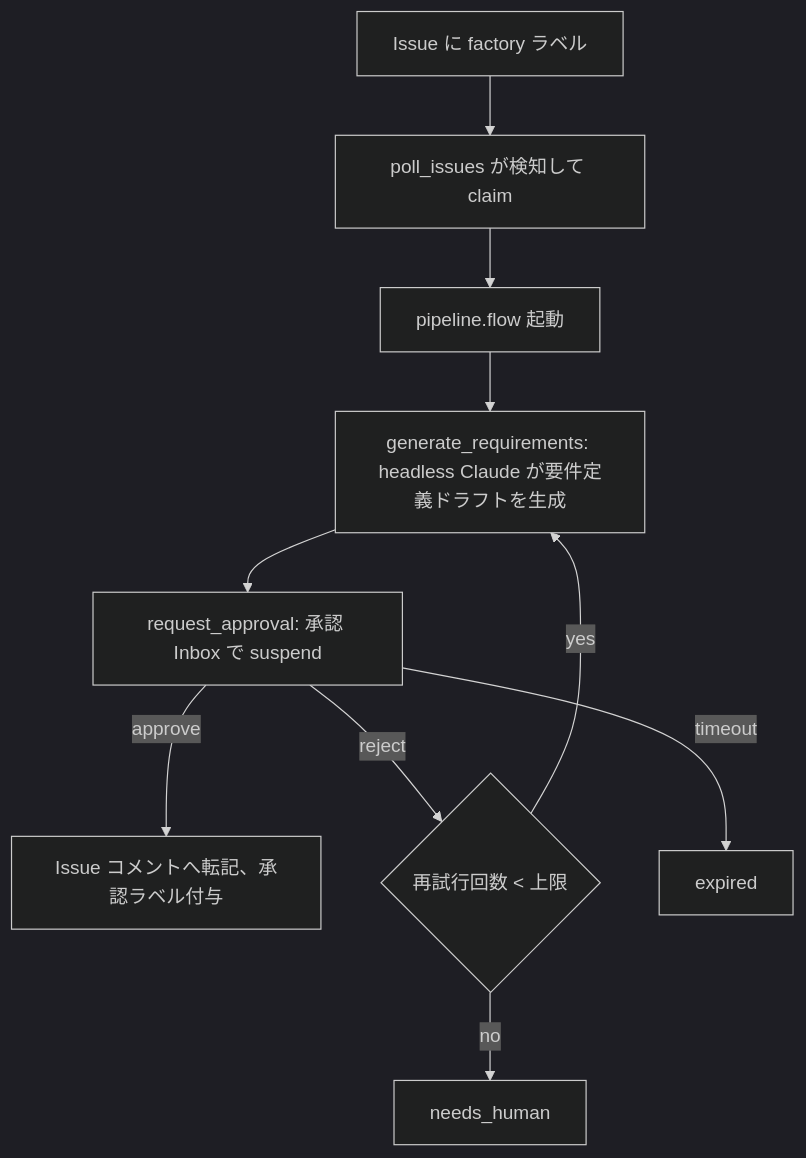
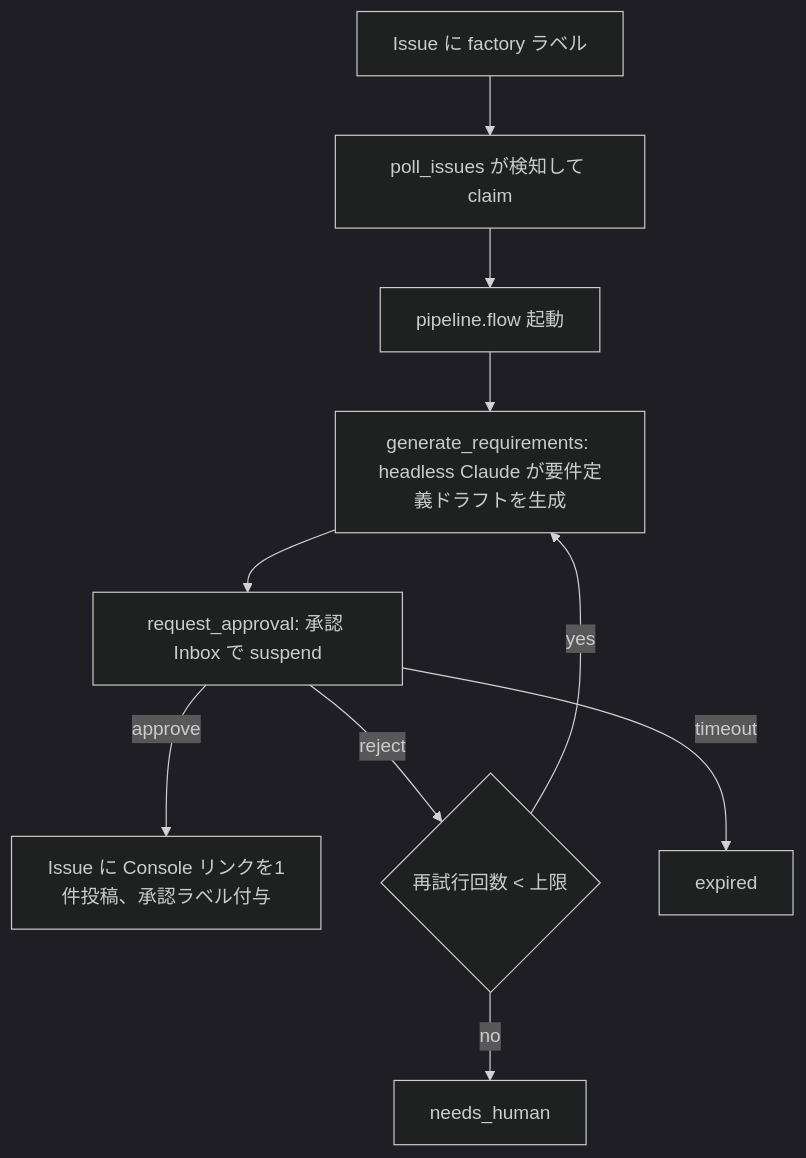
The first of 2 diagrams in docs/architecture.md (u-stem/atelier-works), drawn with Mermaid (dark theme) before and after one commit. The commit also changed other lines of this file and 18 other files, not shown here.

````diff
--- a/docs/architecture.md
+++ b/docs/architecture.md
@@ -30,12 +30,12 @@
 ```mermaid
 flowchart TD
     A[Issue に factory ラベル] --> B[poll_issues が検知して claim]
     B --> C[pipeline.flow 起動]
     C --> D[generate_requirements: headless Claude が要件定義ドラフトを生成]
     D --> E[request_approval: 承認 Inbox で suspend]
-    E -->|approve| F[Issue コメントへ転記、承認ラベル付与]
+    E -->|approve| F[Issue に Console リンクを1件投稿、承認ラベル付与]
     E -->|reject| G{再試行回数 < 上限}
     G -->|yes| D
     G -->|no| H[needs_human]
     E -->|timeout| I[expired]
 ```
````
